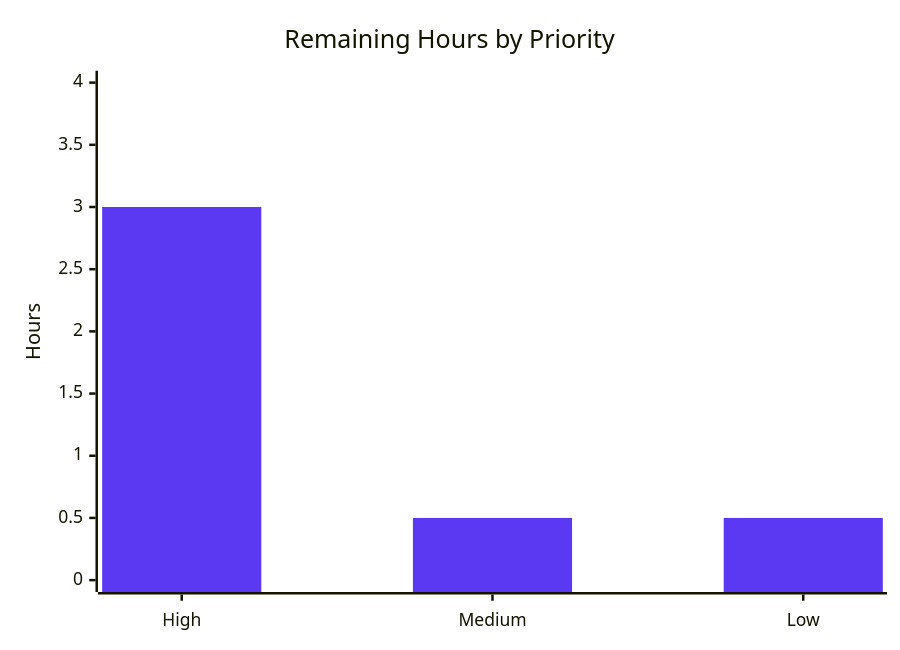
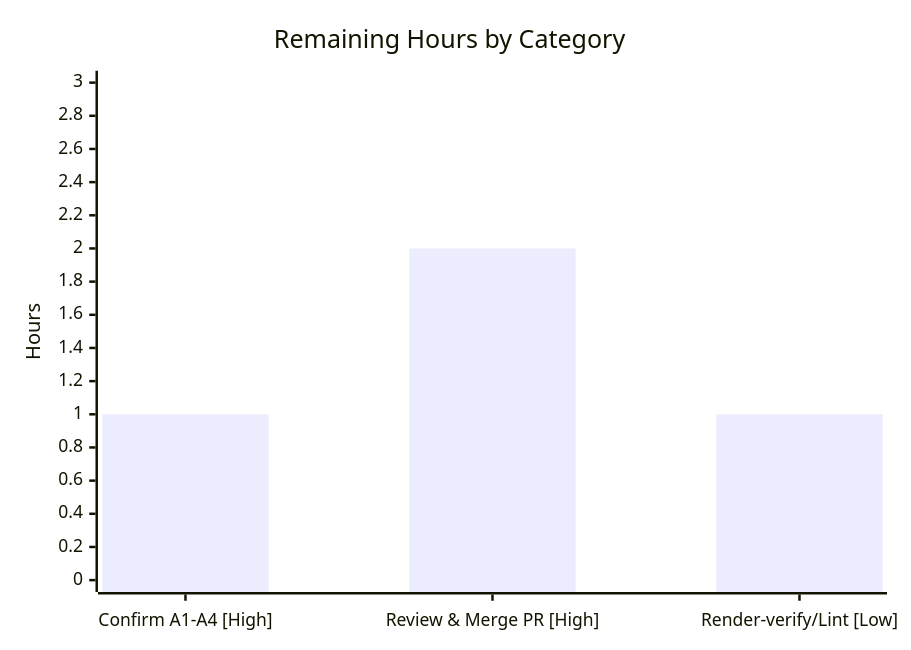
One commit to alex-blitzy-test/hot-stuff changed the third of 3 diagrams in blitzy/documentation/Project Guide.md. Above: the diagram before and after it, drawn with Mermaid. The commit also changed other lines of this file, not shown here.

Commit message:
Adding Blitzy Project Guide: Project Status and Human Tasks Remaining

````diff
--- a/blitzy/documentation/Project Guide.md
+++ b/blitzy/documentation/Project Guide.md
@@ -219,8 +206,7 @@
 ```mermaid
-%%{init: {'theme':'base', 'themeVariables': {'xyChart': {'plotColorPalette':'#5B39F3'}}}}%%
 xychart-beta
-    title "Remaining Hours by Priority"
-    x-axis ["High", "Medium", "Low"]
-    y-axis "Hours" 0 --> 4
-    bar [3, 0.5, 0.5]
+    title "Remaining Hours by Category"
+    x-axis ["Confirm A1-A4 [High]", "Review & Merge PR [High]", "Render-verify/Lint [Low]"]
+    y-axis "Hours" 0 --> 3
+    bar [1, 2, 1]
 ```
````
